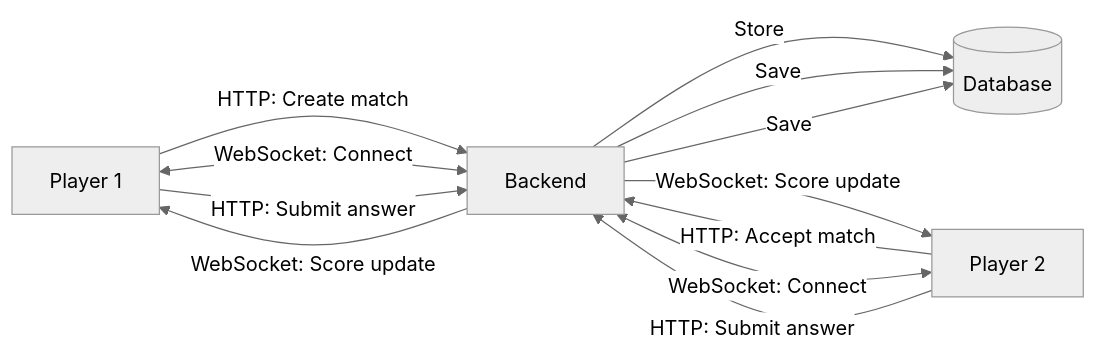
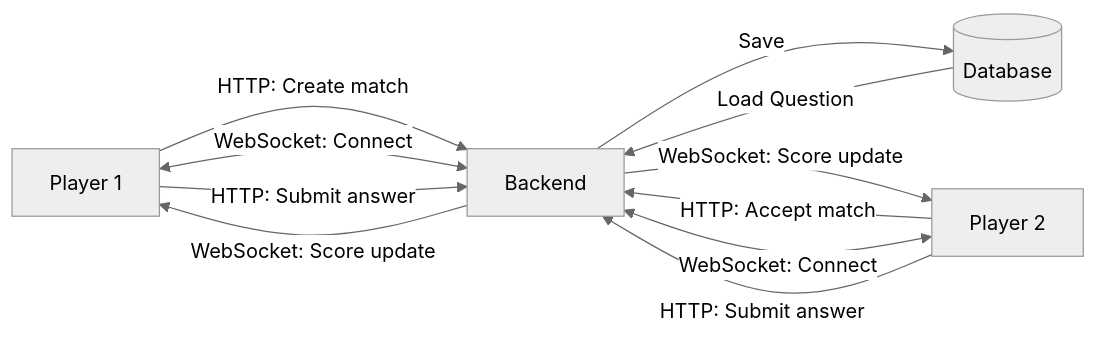
Before and after one commit to PSI-RDB-2026/QuizApp: the third of 4 diagrams in docs/DESIGN.md, drawn with Mermaid (neutral theme). The commit also changed other lines of this file and 1 other file, not shown here.

````diff
--- a/docs/DESIGN.md
+++ b/docs/DESIGN.md
@@ -69,22 +75,22 @@
 ```mermaid
 flowchart LR
     P1[Player 1]
     P2[Player 2]
     Backend[Backend]
     DB[(Database)]
 
     P1 -->|HTTP: Create match| Backend
-    Backend -->|Store| DB
+
     P2 -->|HTTP: Accept match| Backend
 
     P1 <-->|WebSocket: Connect| Backend
     P2 <-->|WebSocket: Connect| Backend
 
     P1 -->|HTTP: Submit answer| Backend
     Backend -->|Save| DB
     Backend -->|WebSocket: Score update| P2
 
     P2 -->|HTTP: Submit answer| Backend
-    Backend -->|Save| DB
+    DB -->|Load Question| Backend
     Backend -->|WebSocket: Score update| P1
 ```
````
